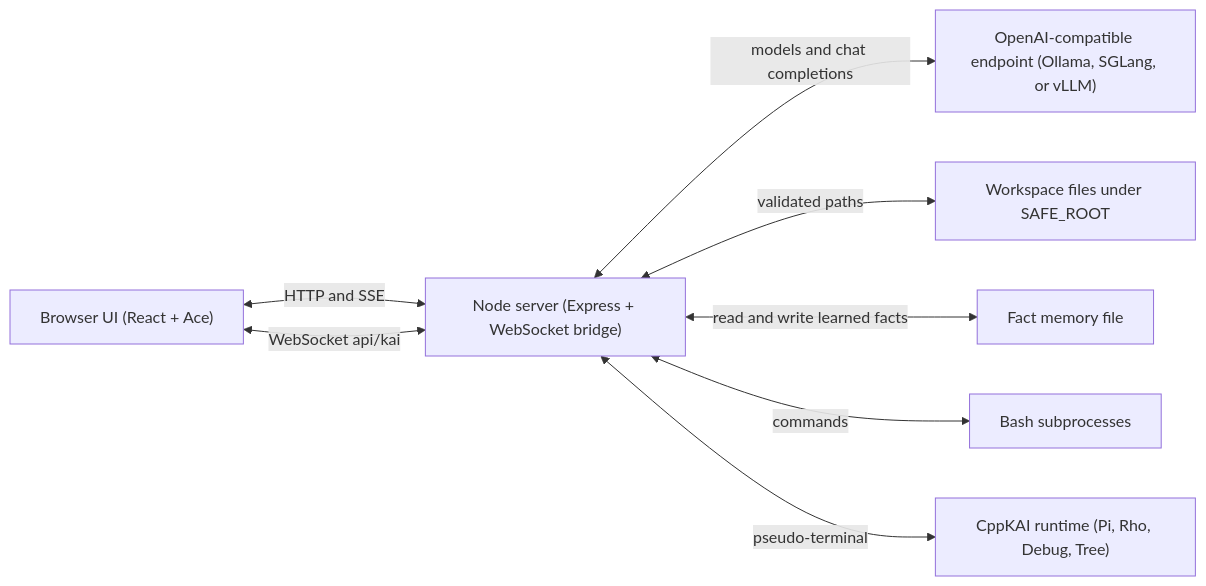
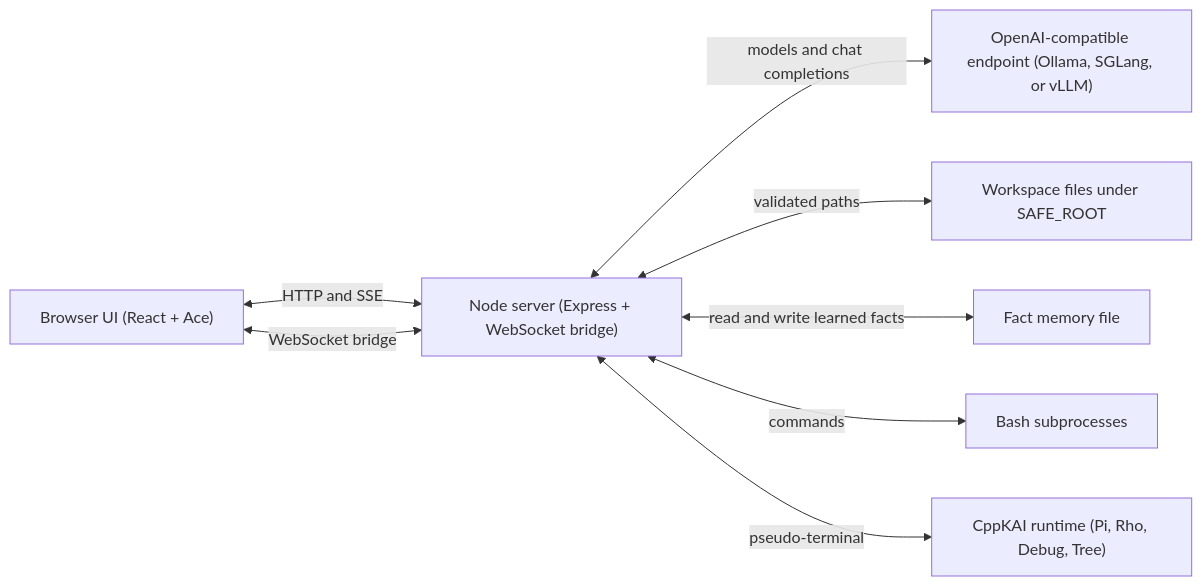
The first of 4 diagrams in Readme.md (cschladetsch/NodeGLM-5), drawn with Mermaid before and after one commit. The commit also changed other lines of this file and 8 other files, not shown here.

````diff
--- a/Readme.md
+++ b/Readme.md
@@ -10,18 +10,18 @@
 ```mermaid
 flowchart LR
     Browser["Browser UI (React + Ace)"]
     Server["Node server (Express + WebSocket bridge)"]
     Model["OpenAI-compatible endpoint (Ollama, SGLang, or vLLM)"]
     Files["Workspace files under SAFE_ROOT"]
     Memory["Fact memory file"]
     Shell["Bash subprocesses"]
     Kai["CppKAI runtime (Pi, Rho, Debug, Tree)"]
 
     Browser <-->|HTTP and SSE| Server
-    Browser <-->|WebSocket api/kai| Server
+    Browser <-->|WebSocket bridge| Server
     Server <-->|models and chat completions| Model
     Server <-->|validated paths| Files
     Server <-->|read and write learned facts| Memory
     Server <-->|commands| Shell
     Server <-->|pseudo-terminal| Kai
 ```
````
